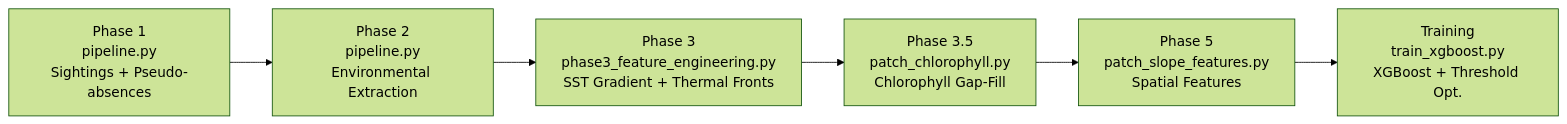
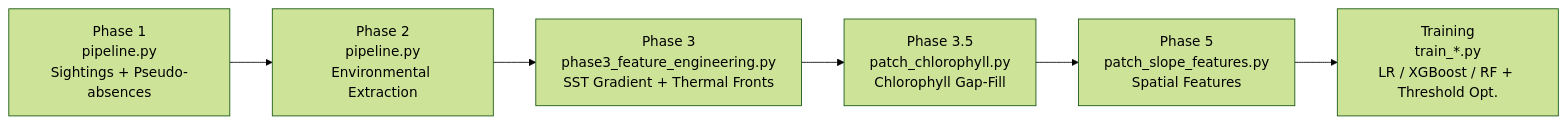
One commit to ParthB21/WhaleGuard_RBC_LSI changed the diagram in README.md. Above: the diagram before and after it, drawn with Mermaid (forest theme). The commit also changed other lines of this file and 15 other files, not shown here.

````diff
--- a/README.md
+++ b/README.md
@@ -60,8 +60,8 @@
 ```mermaid
 graph LR
     A["Phase 1<br/>pipeline.py<br/>Sightings + Pseudo-absences"] --> B["Phase 2<br/>pipeline.py<br/>Environmental Extraction"]
     B --> C["Phase 3<br/>phase3_feature_engineering.py<br/>SST Gradient + Thermal Fronts"]
     C --> D["Phase 3.5<br/>patch_chlorophyll.py<br/>Chlorophyll Gap-Fill"]
     D --> E["Phase 5<br/>patch_slope_features.py<br/>Spatial Features"]
-    E --> F["Training<br/>train_xgboost.py<br/>XGBoost + Threshold Opt."]
+    E --> F["Training<br/>train_*.py<br/>LR / XGBoost / RF + Threshold Opt."]
 ```
````
